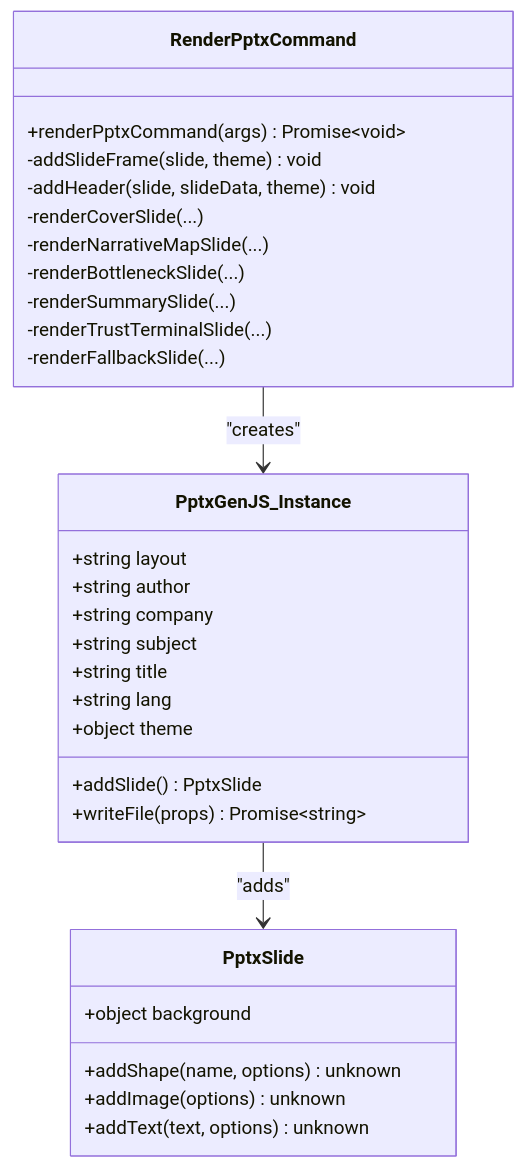
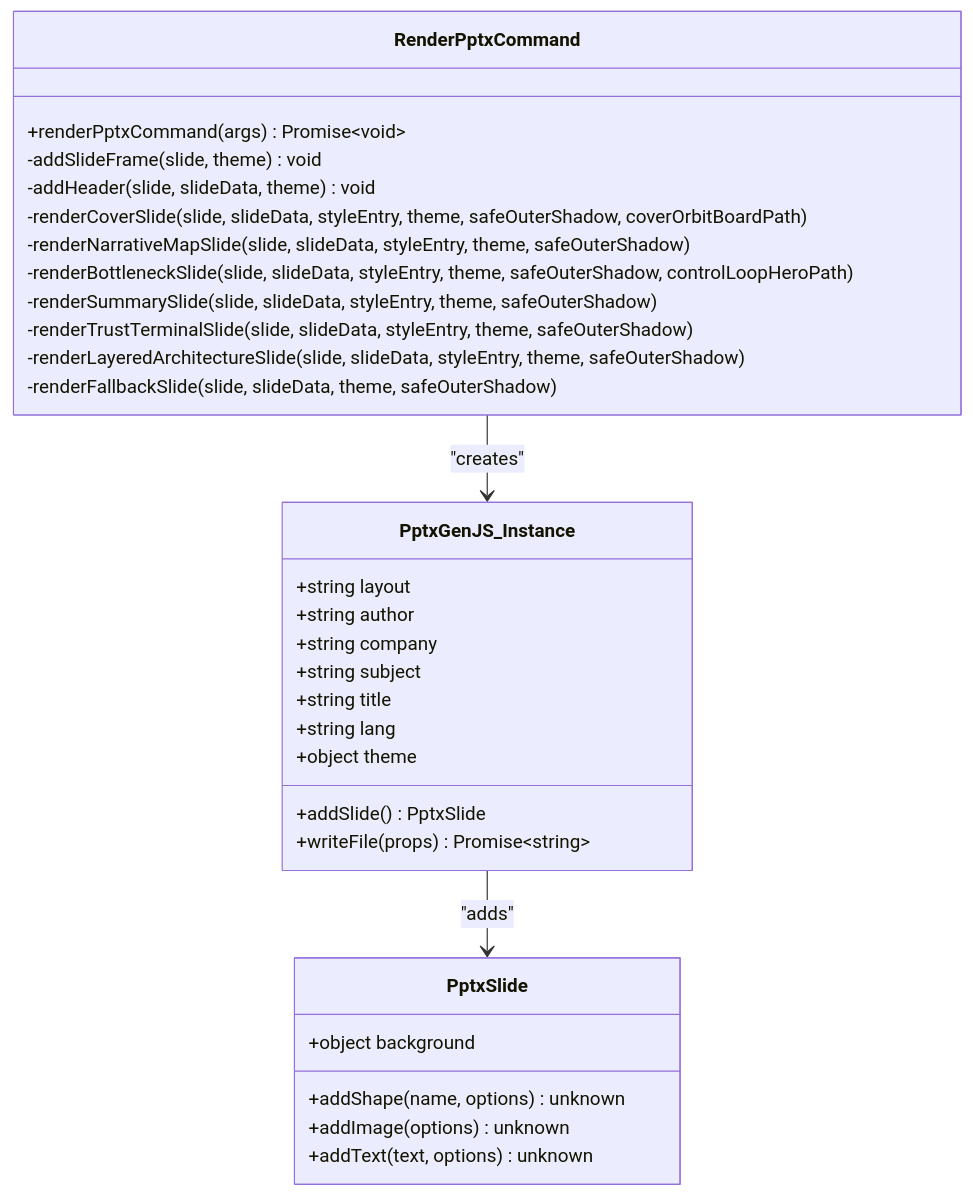
One commit to brantzh6/deepPPT changed the third of 4 diagrams in .qoder/repowiki/en/content/CLI Commands/render-pptx Command.md. Above: the diagram before and after it, drawn with Mermaid. The commit also changed other lines of this file and 5 other files, not shown here.

Commit message:
Fix PptxGenJS line shape coordinate format in layered_architecture_stack

````diff
--- a/.qoder/repowiki/en/content/CLI Commands/render-pptx Command.md
+++ b/.qoder/repowiki/en/content/CLI Commands/render-pptx Command.md
@@ -184,33 +200,34 @@
 ```mermaid
 classDiagram
 class PptxGenJS_Instance {
 +string layout
 +string author
 +string company
 +string subject
 +string title
 +string lang
 +object theme
 +addSlide() PptxSlide
 +writeFile(props) Promise~string~
 }
 class PptxSlide {
 +object background
 +addShape(name, options) unknown
 +addImage(options) unknown
 +addText(text, options) unknown
 }
 class RenderPptxCommand {
 +renderPptxCommand(args) Promise~void~
 -addSlideFrame(slide, theme) void
 -addHeader(slide, slideData, theme) void
--renderCoverSlide(...)
--renderNarrativeMapSlide(...)
--renderBottleneckSlide(...)
--renderSummarySlide(...)
--renderTrustTerminalSlide(...)
--renderFallbackSlide(...)
+-renderCoverSlide(slide, slideData, styleEntry, theme, safeOuterShadow, coverOrbitBoardPath)
+-renderNarrativeMapSlide(slide, slideData, styleEntry, theme, safeOuterShadow)
+-renderBottleneckSlide(slide, slideData, styleEntry, theme, safeOuterShadow, controlLoopHeroPath)
+-renderSummarySlide(slide, slideData, styleEntry, theme, safeOuterShadow)
+-renderTrustTerminalSlide(slide, slideData, styleEntry, theme, safeOuterShadow)
+-renderLayeredArchitectureSlide(slide, slideData, styleEntry, theme, safeOuterShadow)
+-renderFallbackSlide(slide, slideData, theme, safeOuterShadow)
 }
 RenderPptxCommand --> PptxGenJS_Instance : "creates"
 PptxGenJS_Instance --> PptxSlide : "adds"
 ```
````
